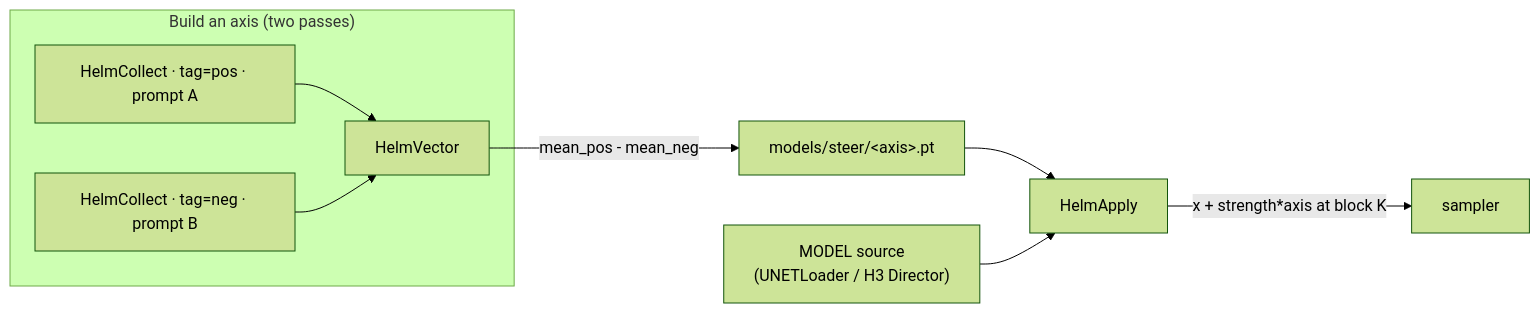
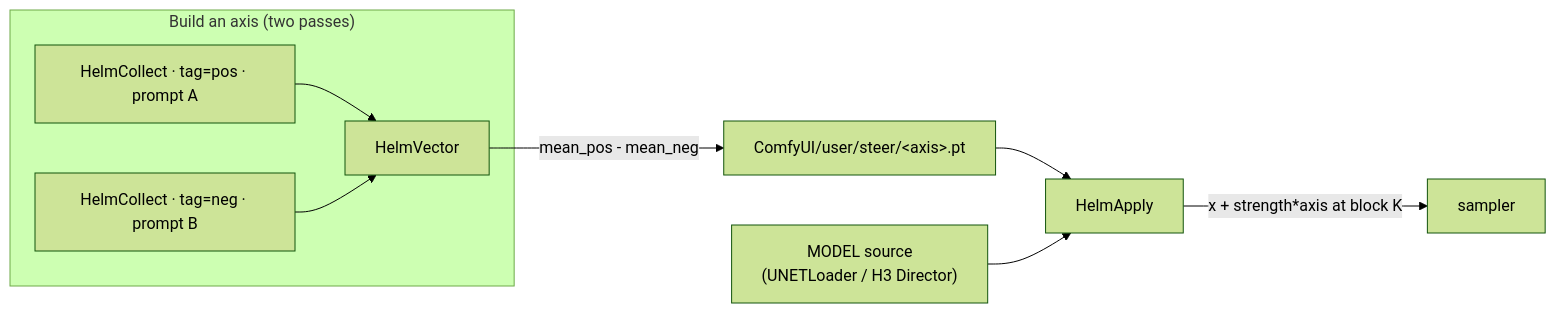
One commit to U-N-B-R-A-N-D-E-D/comfyui-helm changed the diagram in README.md. Above: the diagram before and after it, drawn with Mermaid (forest theme). The commit also changed other lines of this file and 24 other files, not shown here.

````diff
--- a/README.md
+++ b/README.md
@@ -52,11 +52,11 @@
 ```mermaid
 flowchart LR
   subgraph collect["Build an axis (two passes)"]
     A["HelmCollect · tag=pos · prompt A"] --> V["HelmVector"]
     B["HelmCollect · tag=neg · prompt B"] --> V
   end
-  V -- "mean_pos - mean_neg" --> F["models/steer/&lt;axis&gt;.pt"]
+  V -- "mean_pos - mean_neg" --> F["ComfyUI/user/steer/&lt;axis&gt;.pt"]
   F --> AP["HelmApply"]
   M["MODEL source<br/>(UNETLoader / H3 Director)"] --> AP
   AP -- "x + strength*axis at block K" --> S["sampler"]
 ```
````
